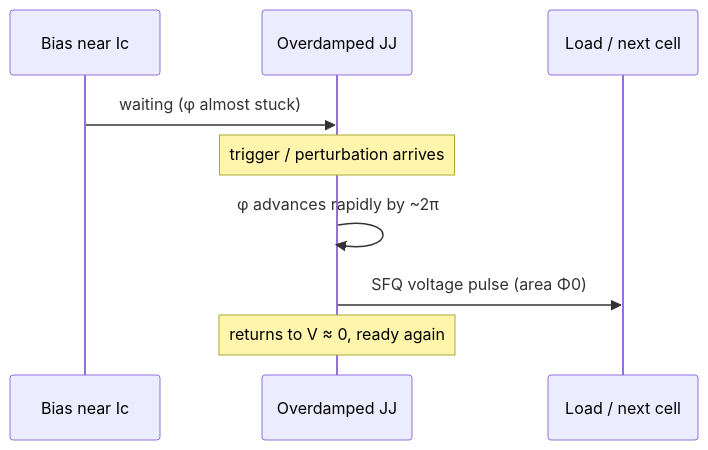
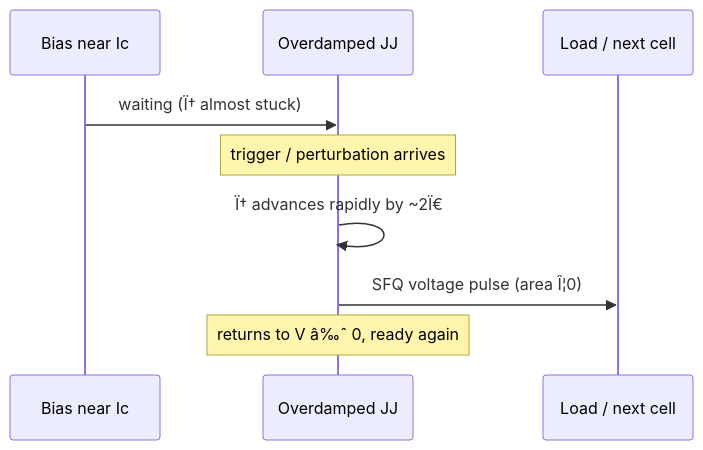
Before and after one commit to Single-Flux-Quantum/sfq-learn-public: the first of 2 diagrams in docs/bridge/phase-to-pulse.md, drawn with Mermaid. The commit also changed other lines of this file and 41 other files, not shown here.

````diff
--- a/docs/bridge/phase-to-pulse.md
+++ b/docs/bridge/phase-to-pulse.md
@@ -86,11 +86,11 @@
 ```mermaid
 sequenceDiagram
   participant Bias as Bias near Ic
   participant JJ as Overdamped JJ
   participant Out as Load / next cell
-  Bias->>JJ: waiting (φ almost stuck)
+  Bias->>JJ: waiting (Ï† almost stuck)
   Note over JJ: trigger / perturbation arrives
-  JJ->>JJ: φ advances rapidly by ~2π
-  JJ->>Out: SFQ voltage pulse (area Φ0)
-  Note over JJ: returns to V ≈ 0, ready again
+  JJ->>JJ: Ï† advances rapidly by ~2Ï€
+  JJ->>Out: SFQ voltage pulse (area Î¦0)
+  Note over JJ: returns to V â‰ˆ 0, ready again
 ```
````
